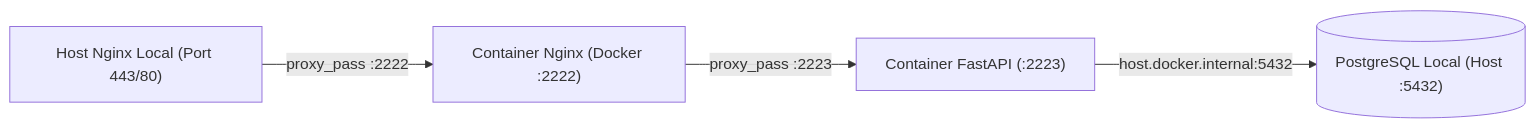
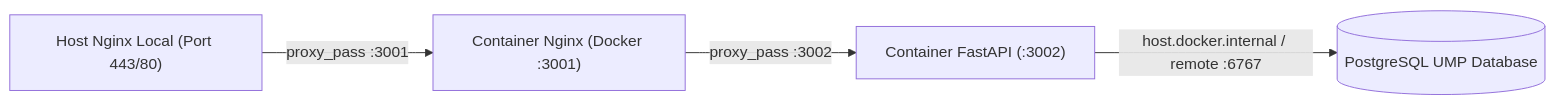
The third of 3 diagrams in README.md (maithedong92/naman_merchant_portal), drawn with Mermaid before and after one commit. The commit also changed other lines of this file and 9 other files, not shown here.

Commit message:
feat(docker): reallocate service ports to 3001/3002/3003 and connect to UMP database

````diff
--- a/README.md
+++ b/README.md
@@ -307,6 +307,6 @@
 ```mermaid
 flowchart LR
-    A["Host Nginx Local (Port 443/80)"] -->|proxy_pass :2222| B["Container Nginx (Docker :2222)"]
-    B -->|proxy_pass :2223| C["Container FastAPI (:2223)"]
-    C -->|host.docker.internal:5432| D[("PostgreSQL Local (Host :5432)")]
+    A["Host Nginx Local (Port 443/80)"] -->|proxy_pass :3001| B["Container Nginx (Docker :3001)"]
+    B -->|proxy_pass :3002| C["Container FastAPI (:3002)"]
+    C -->|host.docker.internal / remote :6767| D[("PostgreSQL UMP Database")]
 ```
````
